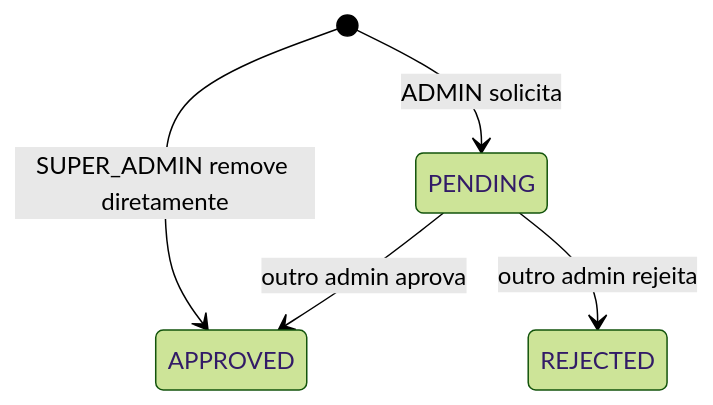
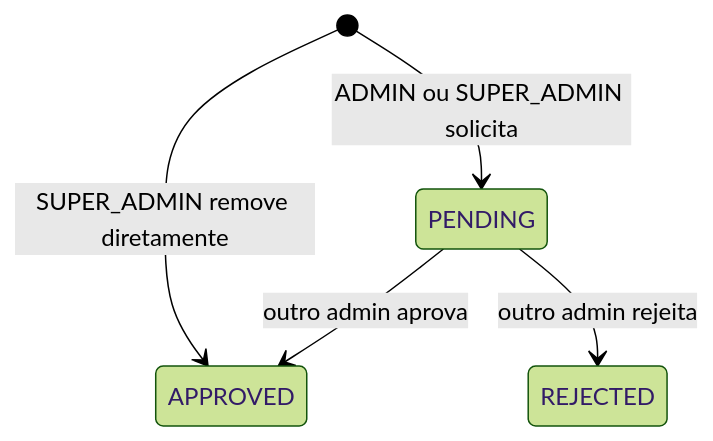
The ninth of 12 diagrams in docs/designs/architecture.md (thaissacarvalho/Catalisa), drawn with Mermaid (forest theme) before and after one commit. The commit also changed other lines of this file and 18 other files, not shown here.

````diff
--- a/docs/designs/architecture.md
+++ b/docs/designs/architecture.md
@@ -356,7 +356,7 @@
 ```mermaid
 stateDiagram-v2
-    [*] --> PENDING: ADMIN solicita
+    [*] --> PENDING: ADMIN ou SUPER_ADMIN solicita
     PENDING --> APPROVED: outro admin aprova
     PENDING --> REJECTED: outro admin rejeita
     [*] --> APPROVED: SUPER_ADMIN remove diretamente
 ```
````
